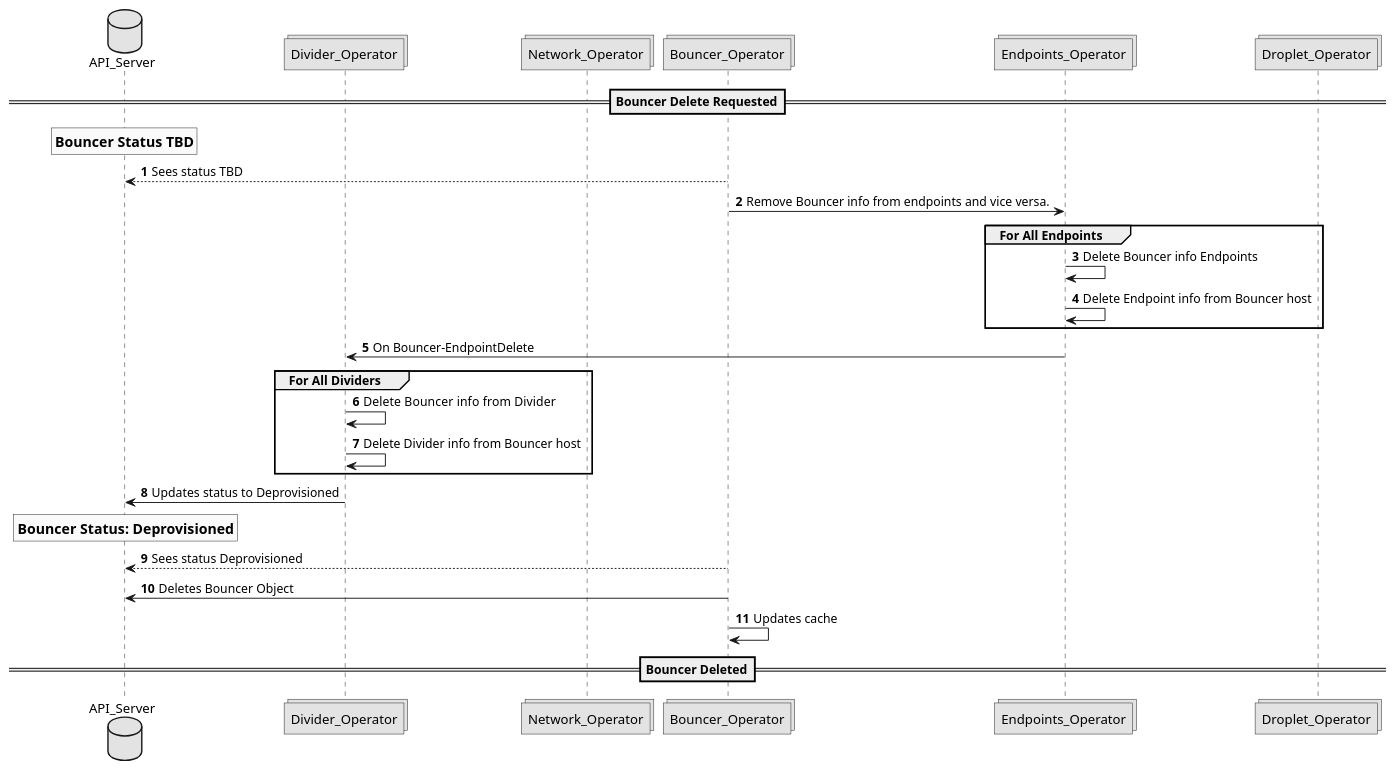
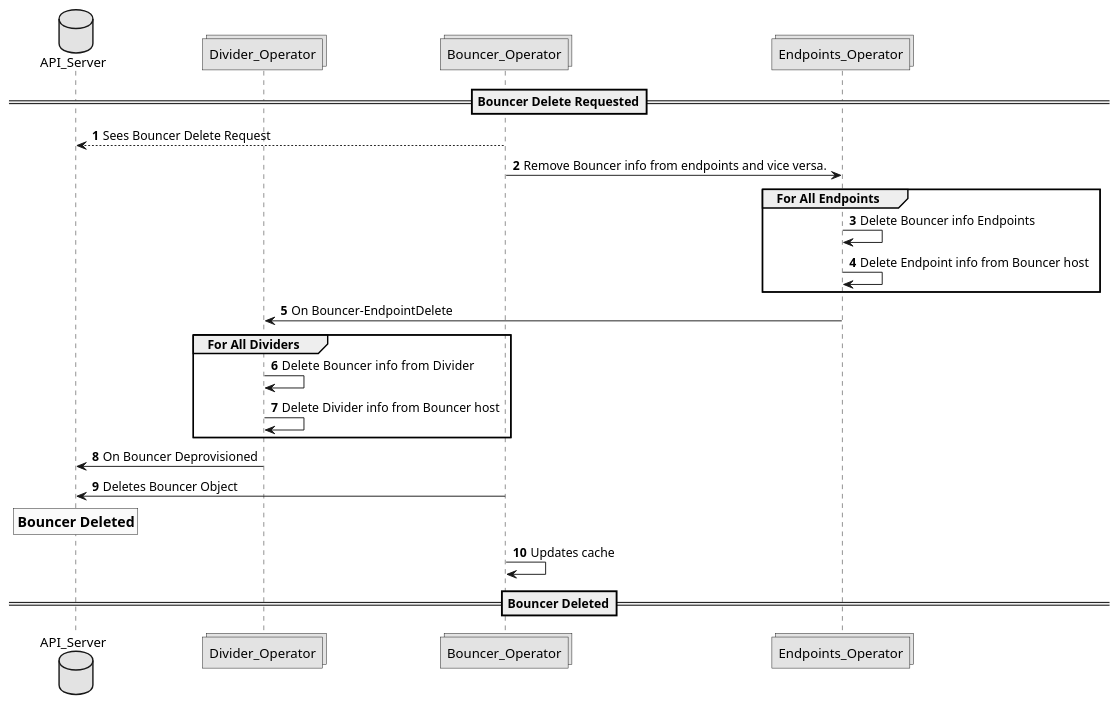
The diagram in docs/design/puml/delete_bouncer_workflow.puml (CentaurusInfra/mizar), drawn with PlantUML before and after one commit. The commit also changed 6 other files, not shown here.

Commit message:
Simplify Delete Workflow Diagram

```diff
--- a/docs/design/puml/delete_bouncer_workflow.puml
+++ b/docs/design/puml/delete_bouncer_workflow.puml
@@ -1,32 +1,28 @@
 @startuml
 
 skinparam monochrome true
 autonumber
 
 database API_Server
 collections Divider_Operator
-collections Network_Operator
 collections Bouncer_Operator
 collections Endpoints_Operator
-collections Droplet_Operator
 
 ==Bouncer Delete Requested==
-rnote over API_Server: ==Bouncer Status TBD
-Bouncer_Operator --> API_Server: Sees status TBD
+Bouncer_Operator --> API_Server: Sees Bouncer Delete Request
 Bouncer_Operator -> Endpoints_Operator: Remove Bouncer info from endpoints and vice versa.
 group For All Endpoints
 Endpoints_Operator -> Endpoints_Operator: Delete Bouncer info Endpoints
 Endpoints_Operator -> Endpoints_Operator: Delete Endpoint info from Bouncer host
 end
 Endpoints_Operator -> Divider_Operator: On Bouncer-EndpointDelete
 group For All Dividers
 Divider_Operator -> Divider_Operator: Delete  Bouncer info from Divider
 Divider_Operator -> Divider_Operator: Delete Divider info from Bouncer host
 end
-Divider_Operator -> API_Server: Updates status to Deprovisioned
-rnote over API_Server: == Bouncer Status: Deprovisioned
-Bouncer_Operator --> API_Server: Sees status Deprovisioned
+Divider_Operator -> API_Server: On Bouncer Deprovisioned
 Bouncer_Operator -> API_Server: Deletes Bouncer Object
+rnote over API_Server: == Bouncer Deleted
 Bouncer_Operator -> Bouncer_Operator: Updates cache
 ==Bouncer Deleted==
 @enduml
```
